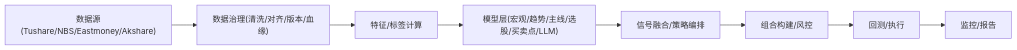
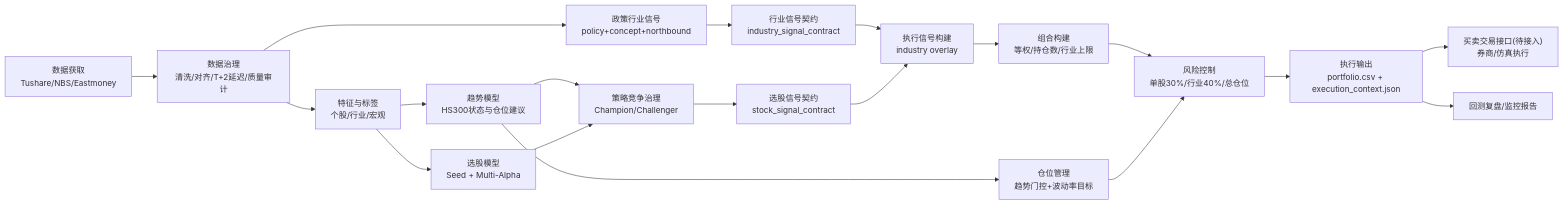
Before and after one commit to xiaoguangdong/Sage: the diagram in docs/2.1 Sage股票智能交易平台总架构设计文档.md, drawn with Mermaid. The commit also changed other lines of this file, not shown here.

Commit message:
docs: 完善总架构文档并补充日周月任务流程图

````diff
--- a/docs/2.1 Sage股票智能交易平台总架构设计文档.md
+++ b/docs/2.1 Sage股票智能交易平台总架构设计文档.md
@@ -65,10 +57,21 @@
 ```mermaid
 flowchart LR
-  A["数据源(Tushare/NBS/Eastmoney/Akshare)"] --> B["数据治理(清洗/对齐/版本/血缘)"]
-  B --> C["特征/标签计算"]
-  C --> D["模型层(宏观/趋势/主线/选股/买卖点/LLM)"]
-  D --> E["信号融合/策略编排"]
-  E --> F["组合构建/风控"]
-  F --> G["回测/执行"]
-  G --> H["监控/报告"]
+  A["数据获取<br/>Tushare/NBS/Eastmoney"] --> B["数据治理<br/>清洗/对齐/T+2延迟/质量审计"]
+  B --> C["特征与标签<br/>个股/行业/宏观"]
+  C --> D["趋势模型<br/>HS300状态与仓位建议"]
+  C --> E["选股模型<br/>Seed + Multi-Alpha"]
+  B --> F["政策行业信号<br/>policy+concept+northbound"]
+  D --> G["策略竞争治理<br/>Champion/Challenger"]
+  E --> G
+  F --> H["行业信号契约<br/>industry_signal_contract"]
+  G --> I["选股信号契约<br/>stock_signal_contract"]
+  H --> J["执行信号构建<br/>industry overlay"]
+  I --> J
+  J --> K["组合构建<br/>等权/持仓数/行业上限"]
+  D --> L["仓位管理<br/>趋势门控+波动率目标"]
+  K --> M["风险控制<br/>单股30%/行业40%/总仓位"]
+  L --> M
+  M --> N["执行输出<br/>portfolio.csv + execution_context.json"]
+  N --> O["买卖交易接口(待接入)<br/>券商/仿真执行"]
+  N --> P["回测复盘/监控报告"]
 ```
````
